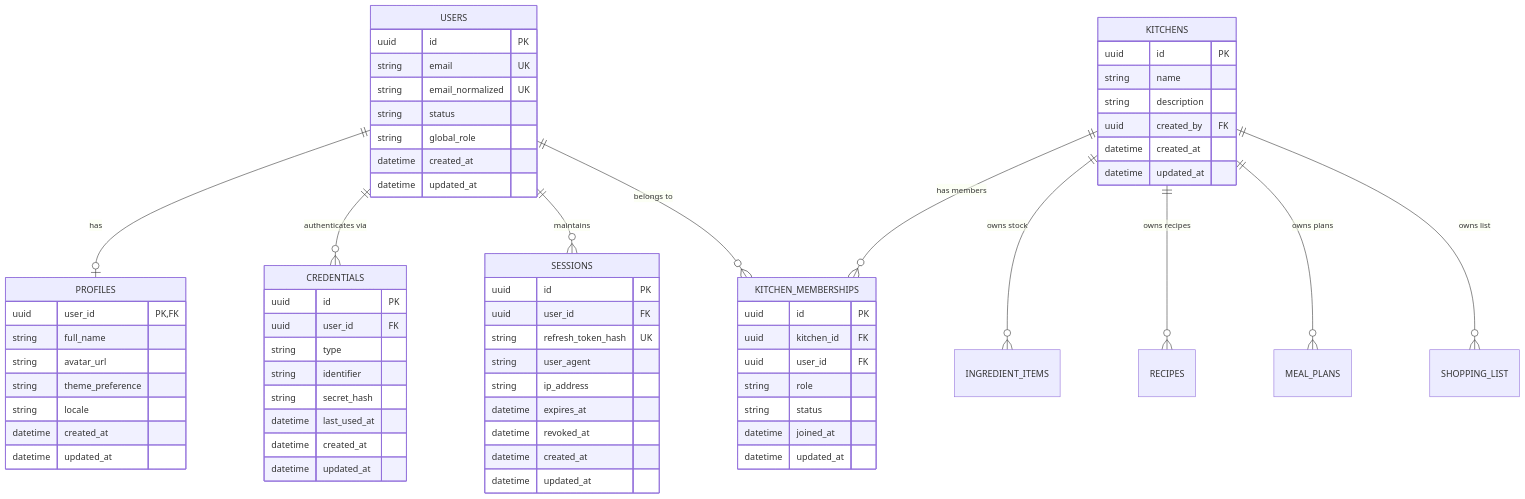
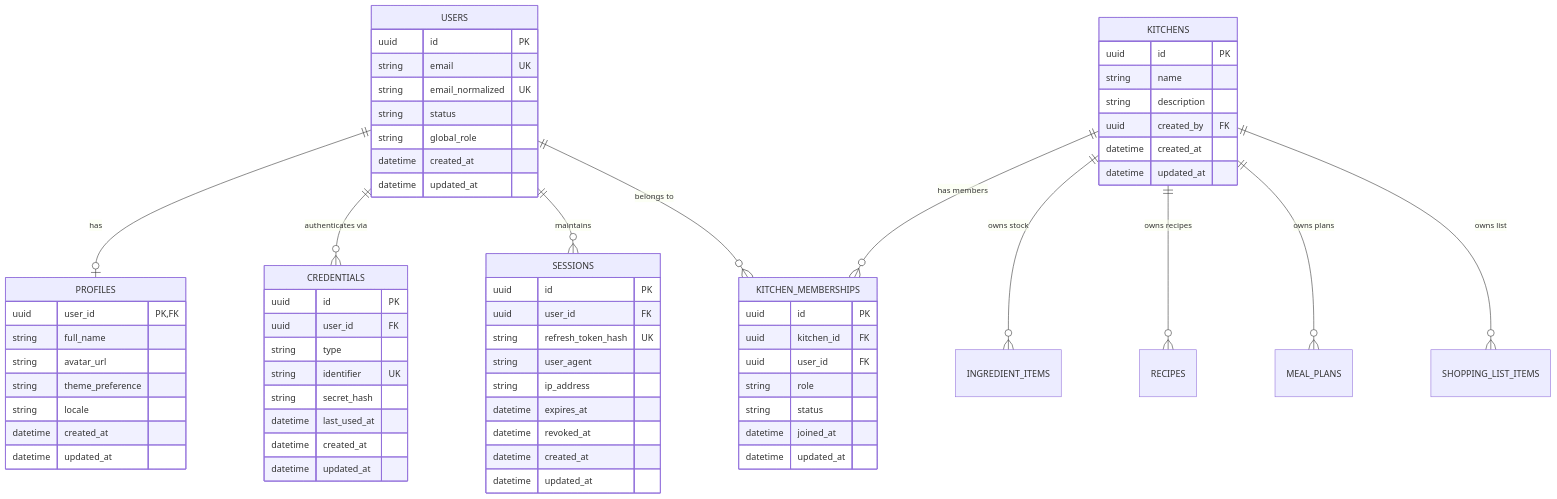
One commit to caelebk/pantry changed the first of 3 diagrams in AUTH_IMPLEMENTATION_PLAN.md. Above: the diagram before and after it, drawn with Mermaid. The commit also changed other lines of this file and 1 other file, not shown here.

````diff
--- a/AUTH_IMPLEMENTATION_PLAN.md
+++ b/AUTH_IMPLEMENTATION_PLAN.md
@@ -21,74 +23,74 @@
 ```mermaid
 erDiagram
     USERS ||--o| PROFILES : "has"
     USERS ||--o{ CREDENTIALS : "authenticates via"
     USERS ||--o{ SESSIONS : "maintains"
     USERS ||--o{ KITCHEN_MEMBERSHIPS : "belongs to"
     KITCHENS ||--o{ KITCHEN_MEMBERSHIPS : "has members"
     KITCHENS ||--o{ INGREDIENT_ITEMS : "owns stock"
     KITCHENS ||--o{ RECIPES : "owns recipes"
     KITCHENS ||--o{ MEAL_PLANS : "owns plans"
-    KITCHENS ||--o{ SHOPPING_LIST : "owns list"
+    KITCHENS ||--o{ SHOPPING_LIST_ITEMS : "owns list"
 
     USERS {
         uuid id PK
         string email UK
         string email_normalized UK
         string status
         string global_role
         datetime created_at
         datetime updated_at
     }
 
     PROFILES {
         uuid user_id PK, FK
         string full_name
         string avatar_url
         string theme_preference
         string locale
         datetime created_at
         datetime updated_at
     }
 
     CREDENTIALS {
         uuid id PK
         uuid user_id FK
         string type
-        string identifier
+        string identifier UK
         string secret_hash
         datetime last_used_at
         datetime created_at
         datetime updated_at
     }
 
     SESSIONS {
         uuid id PK
         uuid user_id FK
         string refresh_token_hash UK
         string user_agent
         string ip_address
         datetime expires_at
         datetime revoked_at
         datetime created_at
         datetime updated_at
     }
 
     KITCHENS {
         uuid id PK
         string name
         string description
         uuid created_by FK
         datetime created_at
         datetime updated_at
     }
 
     KITCHEN_MEMBERSHIPS {
         uuid id PK
         uuid kitchen_id FK
         uuid user_id FK
         string role
         string status
         datetime joined_at
         datetime updated_at
     }
 ```
````
